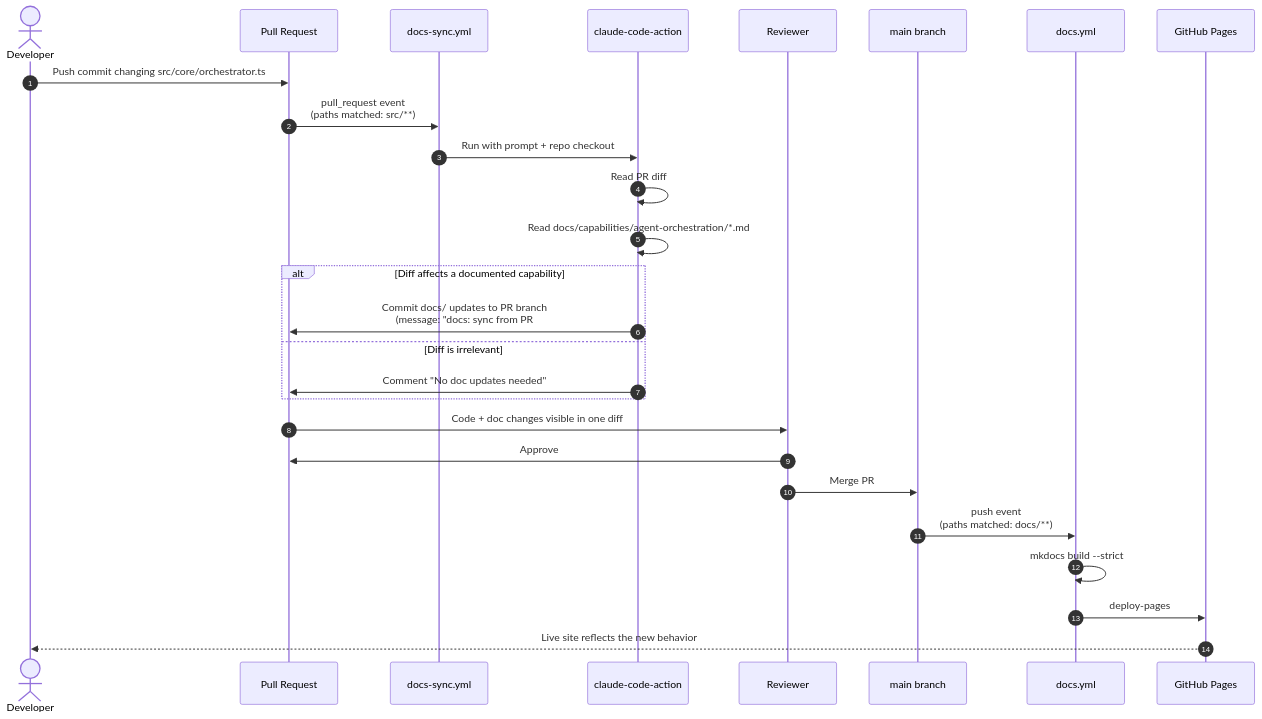
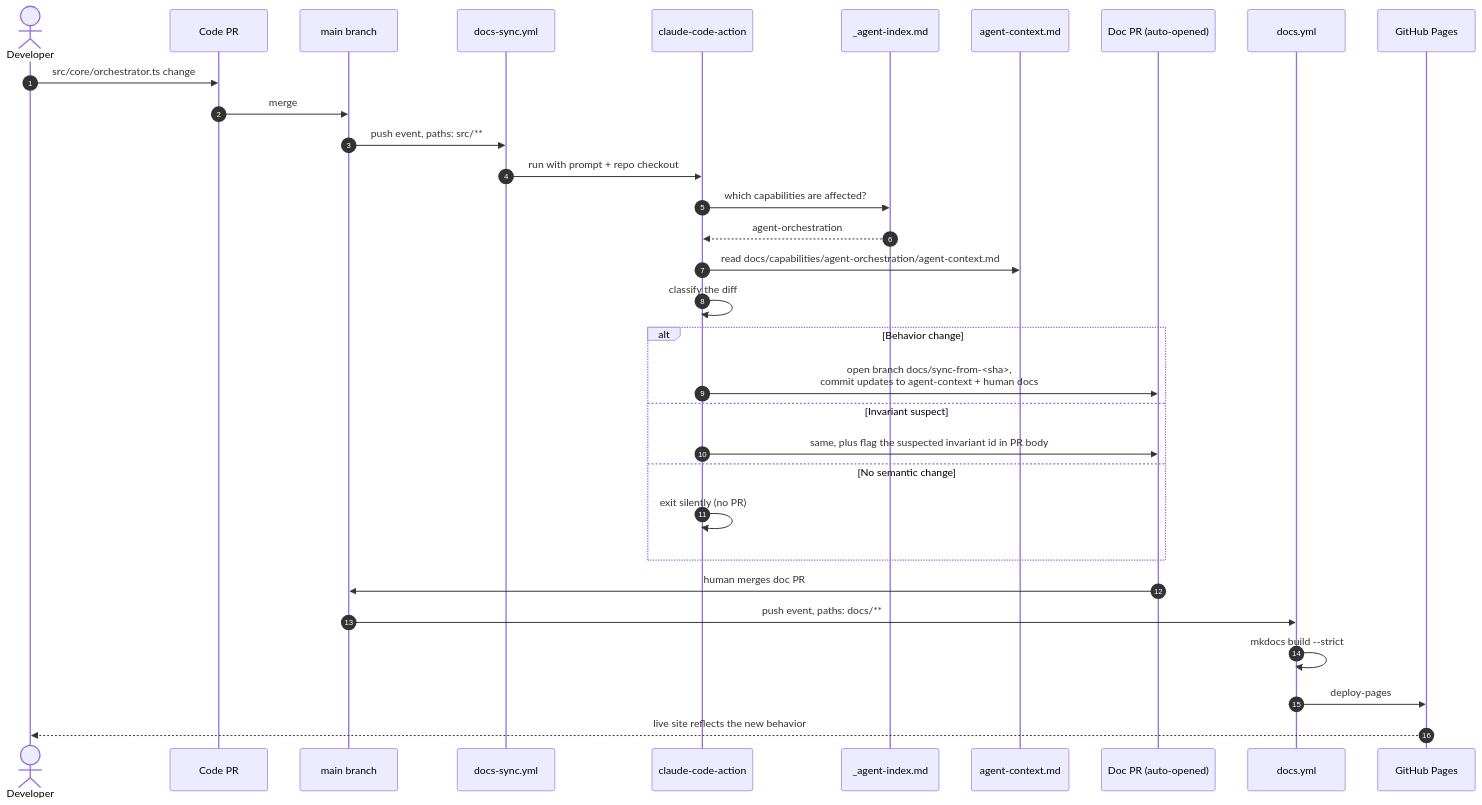
Before and after one commit to jtl4098/deptagent: the second of 3 diagrams in docs/reference/documentation-system.md, drawn with Mermaid. The commit also changed other lines of this file, not shown here.

First line of the commit message:
docs: expand documentation-system.md into the architecture canonical doc

````diff
--- a/docs/reference/documentation-system.md
+++ b/docs/reference/documentation-system.md
@@ -126,30 +311,35 @@
 ```mermaid
 sequenceDiagram
     autonumber
     actor Dev as Developer
-    participant PR as Pull Request
+    participant PR as Code PR
+    participant Main as main branch
     participant Sync as docs-sync.yml
     participant Claude as claude-code-action
-    participant Reviewer
-    participant Main as main branch
+    participant Index as _agent-index.md
+    participant AC as agent-context.md
+    participant DocPR as Doc PR (auto-opened)
     participant Pub as docs.yml
     participant Site as GitHub Pages
 
-    Dev->>PR: Push commit changing src/core/orchestrator.ts
-    PR->>Sync: pull_request event<br/>(paths matched: src/**)
-    Sync->>Claude: Run with prompt + repo checkout
-    Claude->>Claude: Read PR diff
-    Claude->>Claude: Read docs/capabilities/agent-orchestration/*.md
-    alt Diff affects a documented capability
-        Claude->>PR: Commit docs/ updates to PR branch<br/>(message: "docs: sync from PR #N")
-    else Diff is irrelevant
-        Claude->>PR: Comment "No doc updates needed"
+    Dev->>PR: src/core/orchestrator.ts change
+    PR->>Main: merge
+    Main->>Sync: push event, paths: src/**
+    Sync->>Claude: run with prompt + repo checkout
+    Claude->>Index: which capabilities are affected?
+    Index-->>Claude: agent-orchestration
+    Claude->>AC: read docs/capabilities/agent-orchestration/agent-context.md
+    Claude->>Claude: classify the diff
+    alt Behavior change
+        Claude->>DocPR: open branch docs/sync-from-<sha>,<br/>commit updates to agent-context + human docs
+    else Invariant suspect
+        Claude->>DocPR: same, plus flag the suspected invariant id in PR body
+    else No semantic change
+        Claude->>Claude: exit silently (no PR)
     end
-    PR->>Reviewer: Code + doc changes visible in one diff
-    Reviewer->>PR: Approve
-    Reviewer->>Main: Merge PR
-    Main->>Pub: push event<br/>(paths matched: docs/**)
+    DocPR->>Main: human merges doc PR
+    Main->>Pub: push event, paths: docs/**
     Pub->>Pub: mkdocs build --strict
     Pub->>Site: deploy-pages
-    Site-->>Dev: Live site reflects the new behavior
+    Site-->>Dev: live site reflects the new behavior
 ```
````
